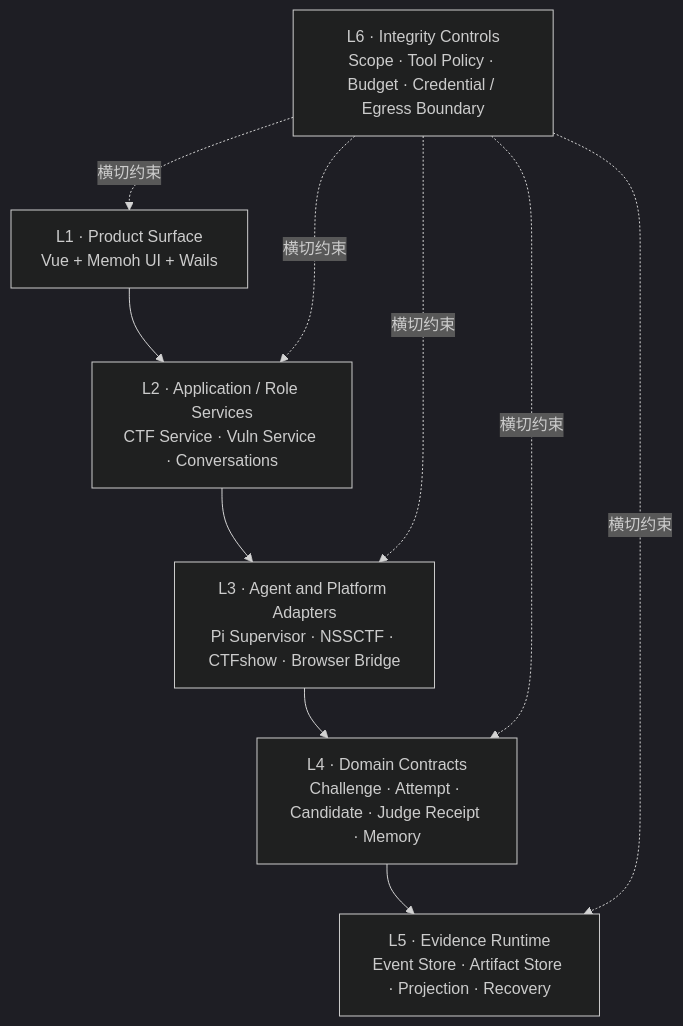
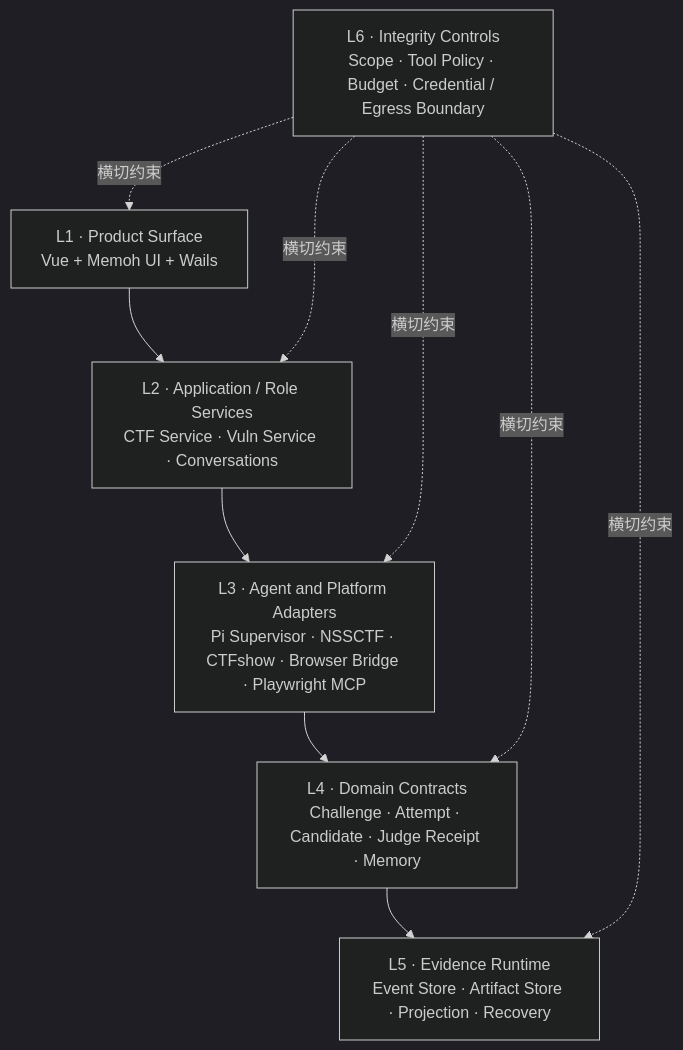
The third of 4 diagrams in docs/architecture/current-system.md (MilkSU-Official/milksu), drawn with Mermaid (dark theme) before and after one commit. The commit also changed other lines of this file and 34 other files, not shown here.

````diff
--- a/docs/architecture/current-system.md
+++ b/docs/architecture/current-system.md
@@ -117,16 +127,16 @@
 ```mermaid
 flowchart TB
     L1["L1 · Product Surface<br/>Vue + Memoh UI + Wails"]
     L2["L2 · Application / Role Services<br/>CTF Service · Vuln Service · Conversations"]
-    L3["L3 · Agent and Platform Adapters<br/>Pi Supervisor · NSSCTF · CTFshow · Browser Bridge"]
+    L3["L3 · Agent and Platform Adapters<br/>Pi Supervisor · NSSCTF · CTFshow · Browser Bridge · Playwright MCP"]
     L4["L4 · Domain Contracts<br/>Challenge · Attempt · Candidate · Judge Receipt · Memory"]
     L5["L5 · Evidence Runtime<br/>Event Store · Artifact Store · Projection · Recovery"]
     L6["L6 · Integrity Controls<br/>Scope · Tool Policy · Budget · Credential / Egress Boundary"]
 
     L1 --> L2 --> L3 --> L4 --> L5
     L6 -. "横切约束" .-> L1
     L6 -. "横切约束" .-> L2
     L6 -. "横切约束" .-> L3
     L6 -. "横切约束" .-> L4
     L6 -. "横切约束" .-> L5
 ```
````
